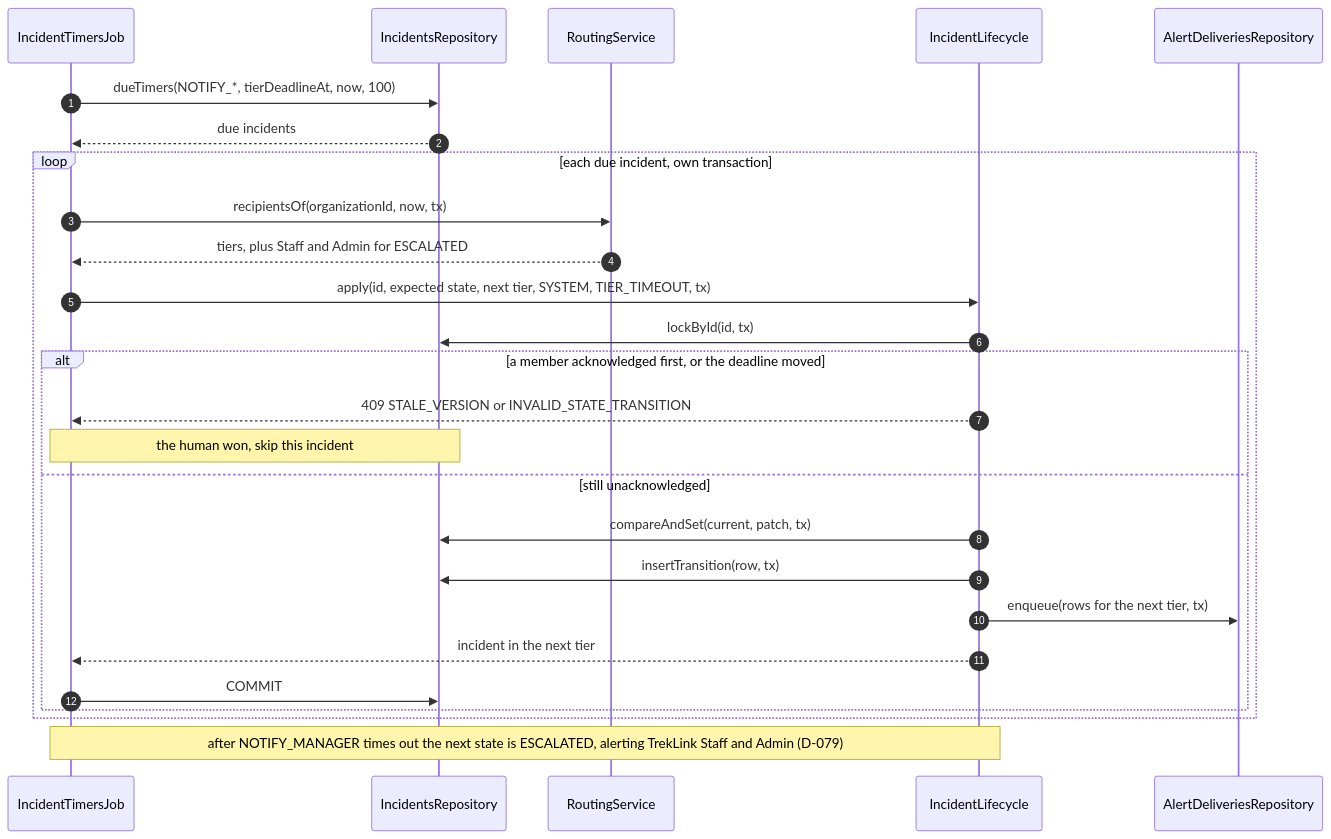
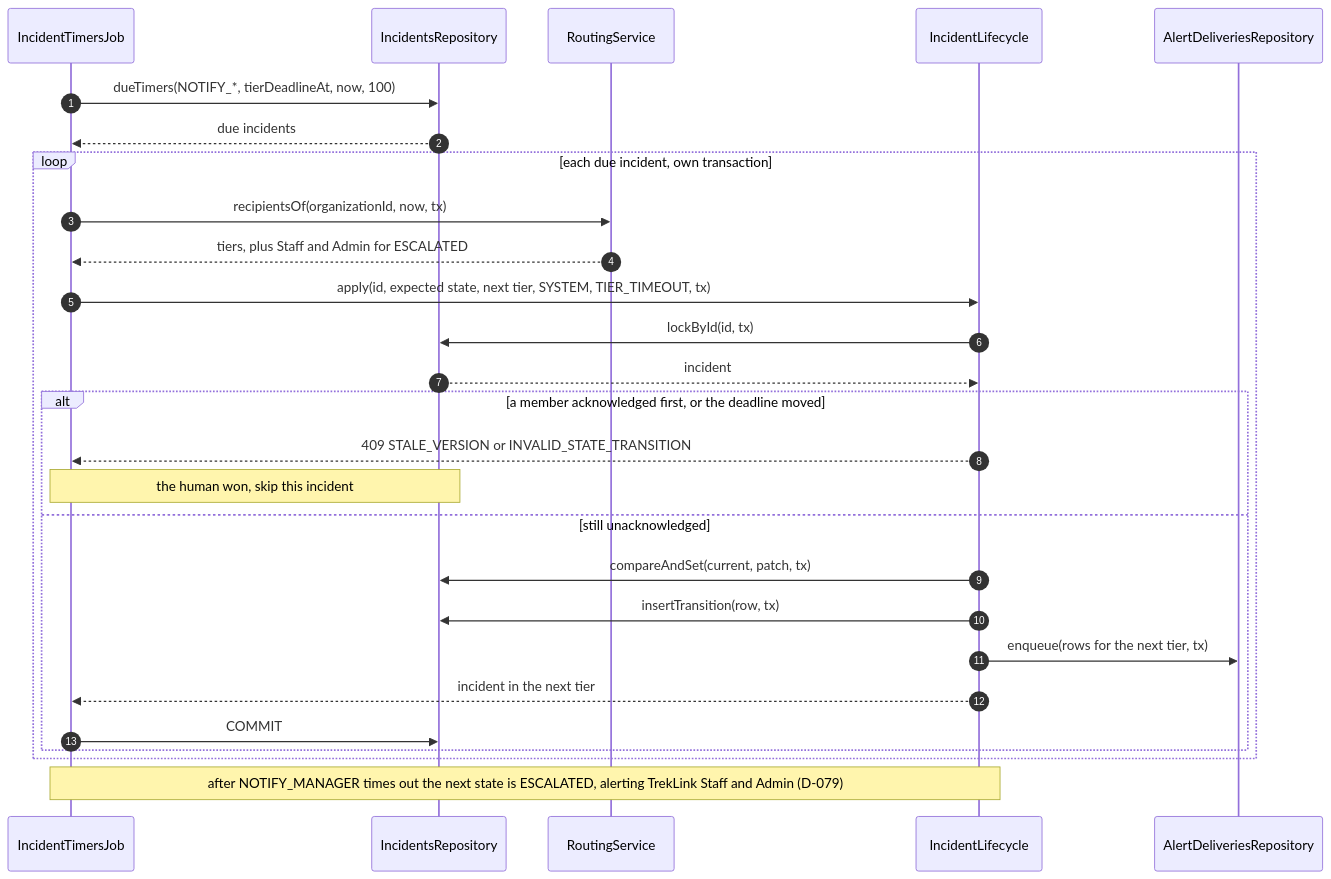
One commit to TrekLink-Team/treklink-web changed the seventh of 10 diagrams in specs/incidents/design.md. Above: the diagram before and after it, drawn with Mermaid. The commit also changed other lines of this file and 8 other files, not shown here.

First line of the commit message:
docs: draw one alt per incidents sequence again

````diff
--- a/specs/incidents/design.md
+++ b/specs/incidents/design.md
@@ -460,28 +446,29 @@
 ```mermaid
 sequenceDiagram
     autonumber
     participant J as IncidentTimersJob
     participant R as IncidentsRepository
     participant Ro as RoutingService
     participant L as IncidentLifecycle
     participant Ob as AlertDeliveriesRepository
     J->>R: dueTimers(NOTIFY_*, tierDeadlineAt, now, 100)
     R-->>J: due incidents
     loop each due incident, own transaction
         J->>Ro: recipientsOf(organizationId, now, tx)
         Ro-->>J: tiers, plus Staff and Admin for ESCALATED
         J->>L: apply(id, expected state, next tier, SYSTEM, TIER_TIMEOUT, tx)
         L->>R: lockById(id, tx)
+        R-->>L: incident
         alt a member acknowledged first, or the deadline moved
             L-->>J: 409 STALE_VERSION or INVALID_STATE_TRANSITION
             Note over J,R: the human won, skip this incident
         else still unacknowledged
             L->>R: compareAndSet(current, patch, tx)
             L->>R: insertTransition(row, tx)
             L->>Ob: enqueue(rows for the next tier, tx)
             L-->>J: incident in the next tier
             J->>R: COMMIT
         end
     end
     Note over J,L: after NOTIFY_MANAGER times out the next state is ESCALATED, alerting TrekLink Staff and Admin (D-079)
 ```
````
